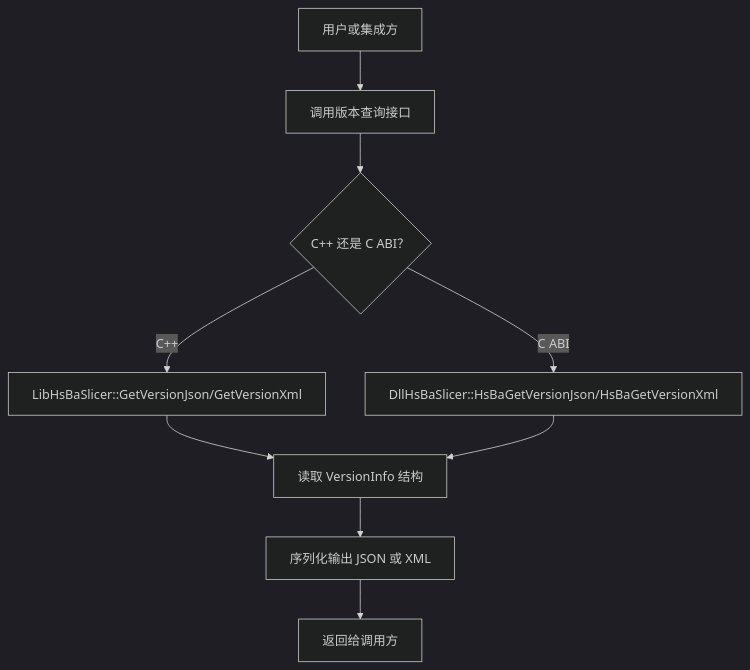
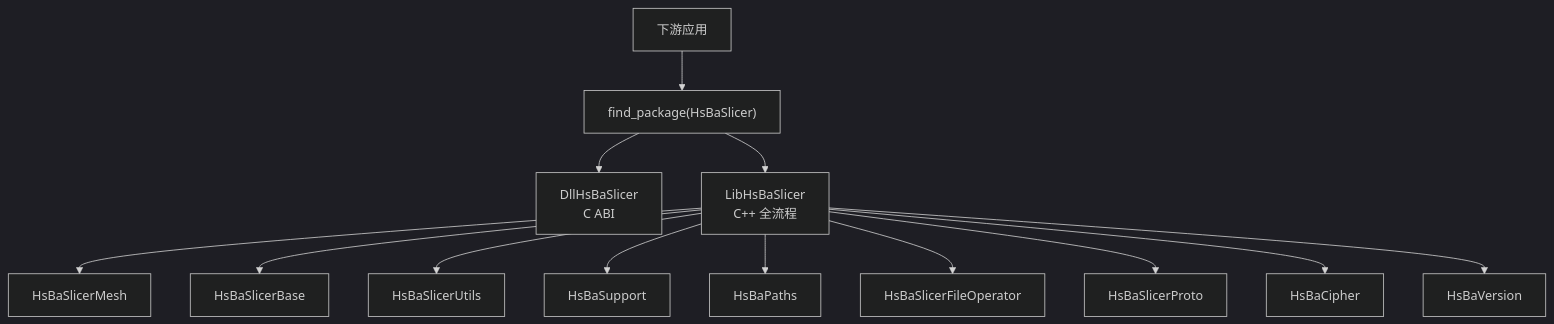
One commit to hsmbanlance/HsBaSlicer changed the second of 6 diagrams in .qoder/repowiki/zh/content/附录.md. Above: the diagram before and after it, drawn with Mermaid (dark theme). The commit also changed other lines of this file and 1095 other files, not shown here.

````diff
--- a/.qoder/repowiki/zh/content/附录.md
+++ b/.qoder/repowiki/zh/content/附录.md
@@ -55,11 +122,15 @@
 ```mermaid
-flowchart TD
-A["用户或集成方"] --> B["调用版本查询接口"]
-B --> C{"C++ 还是 C ABI？"}
-C --> |C++| D["LibHsBaSlicer::GetVersionJson/GetVersionXml"]
-C --> |C ABI| E["DllHsBaSlicer::HsBaGetVersionJson/HsBaGetVersionXml"]
-D --> F["读取 VersionInfo 结构"]
-E --> F
-F --> G["序列化输出 JSON 或 XML"]
-G --> H["返回给调用方"]
+graph TB
+App["下游应用"] --> FindPackage["find_package(HsBaSlicer)"]
+FindPackage --> Dll["DllHsBaSlicer<br/>C ABI"]
+FindPackage --> Lib["LibHsBaSlicer<br/>C++ 全流程"]
+Lib --> Mesh["HsBaSlicerMesh"]
+Lib --> Base["HsBaSlicerBase"]
+Lib --> Utils["HsBaSlicerUtils"]
+Lib --> Support["HsBaSupport"]
+Lib --> Paths["HsBaPaths"]
+Lib --> FileOp["HsBaSlicerFileOperator"]
+Lib --> Proto["HsBaSlicerProto"]
+Lib --> Cipher["HsBaCipher"]
+Lib --> Version["HsBaVersion"]
 ```
````
